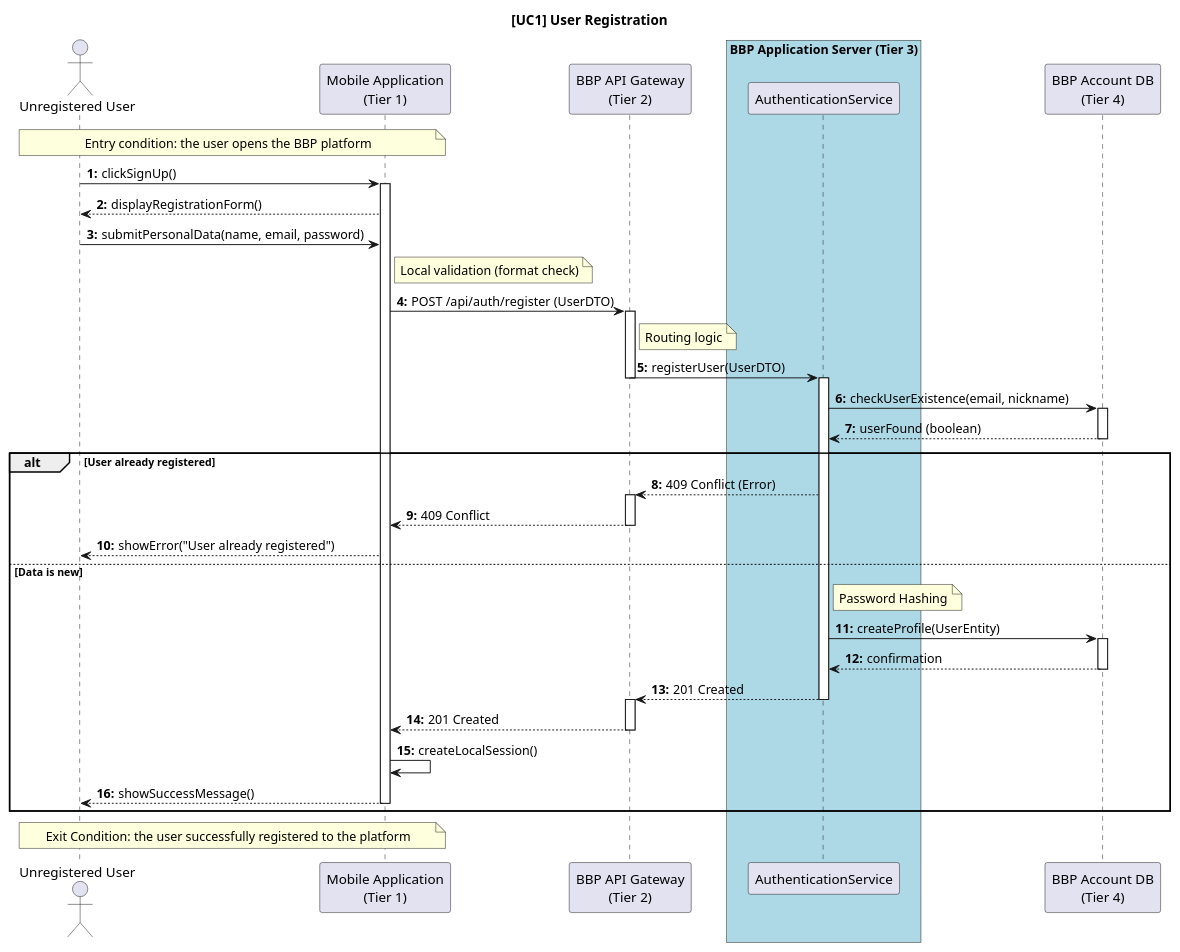
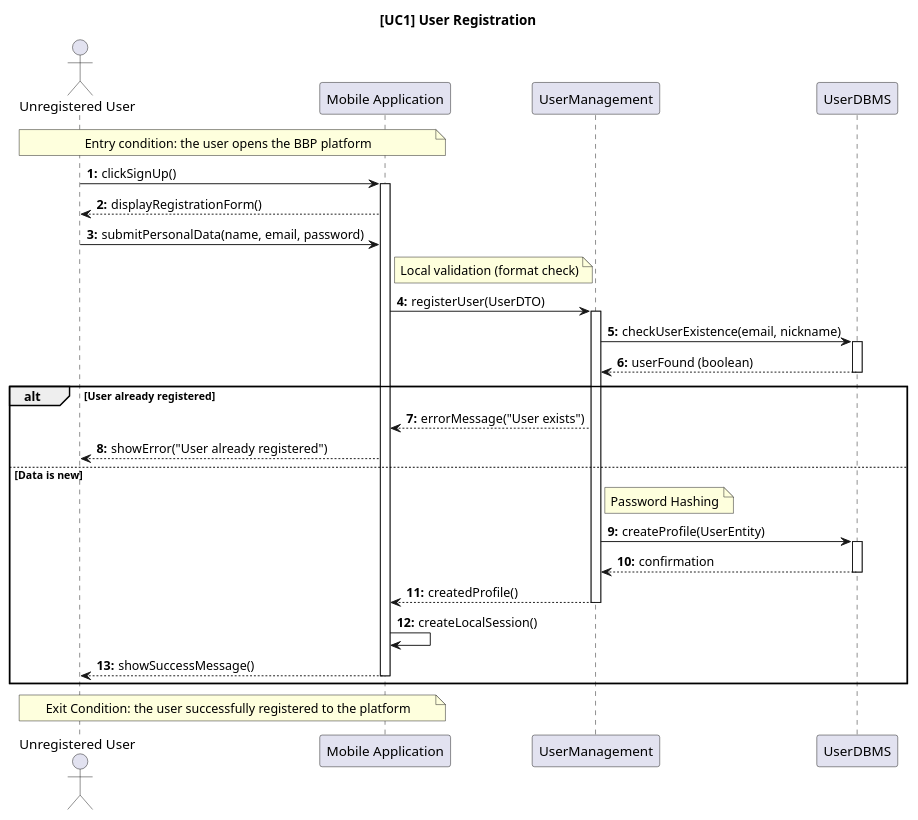
The diagram in DD/sequencediagrams/usecase1.puml (ilevinci/RubinoUvinsiVinciguerra), drawn with PlantUML before and after one commit. The commit also changed 8 other files, not shown here.

Commit message:
update sequence diagrams (use case->component)

```diff
--- a/DD/sequencediagrams/usecase1.puml
+++ b/DD/sequencediagrams/usecase1.puml
@@ -1,82 +1,65 @@
 @startuml UC1_UserRegistration_Design
 autonumber "<b>0:"
 title [UC1] User Registration 
 
 ' =======================================================
 ' COMPONENT DEFINITION (4-TIER)
 ' =======================================================
 actor "Unregistered User" as User
-participant "Mobile Application\n(Tier 1)" as Client
-participant "BBP API Gateway\n(Tier 2)" as GW
-
-box "BBP Application Server (Tier 3)" #LightBlue
-    participant "AuthenticationService" as Auth
-end box
-
-participant "BBP Account DB\n(Tier 4)" as DB
+participant "Mobile Application" as Client
+participant "UserManagement" as Auth
+participant "UserDBMS" as DB
 
 ' =======================================================
 ' ENTRY CONDITION
 ' =======================================================
 note over User, Client: Entry condition: the user opens the BBP platform
 
 ' =======================================================
 ' SCENARIO
 ' =======================================================
 User -> Client: clickSignUp()
 activate Client
 
 Client --> User: displayRegistrationForm()
 
 User -> Client: submitPersonalData(name, email, password)
 
 ' Validazione locale
 note right of Client: Local validation (format check)
-Client -> GW: POST /api/auth/register (UserDTO)
-activate GW
-
-' Instradamento
-note right of GW: Routing logic
-GW -> Auth: registerUser(UserDTO)
-deactivate GW
+Client -> Auth: registerUser(UserDTO)
 activate Auth
 
 ' Verifica Esistenza
 Auth -> DB: checkUserExistence(email, nickname)
 activate DB
 DB --> Auth: userFound (boolean)
 deactivate DB
 
 alt User already registered
-    Auth --> GW: 409 Conflict (Error)
-    activate GW
-    GW --> Client: 409 Conflict
-    deactivate GW
+    Auth --> Client: errorMessage("User exists")
     Client --> User: showError("User already registered")
 
 else Data is new
     ' Creazione Utente
     note right of Auth: Password Hashing
     Auth -> DB: createProfile(UserEntity)
     activate DB
     DB --> Auth: confirmation
     deactivate DB
 
     ' Risposta Positiva
-    Auth --> GW: 201 Created
+    Auth --> Client: createdProfile()
     deactivate Auth
-    activate GW
-    GW --> Client: 201 Created
-    deactivate GW
     
     Client -> Client: createLocalSession()
     Client --> User: showSuccessMessage()
     deactivate Client
 end
 
 ' =======================================================
 ' EXIT CONDITION
 ' =======================================================
 note over User, Client: Exit Condition: the user successfully registered to the platform
 
 @enduml
```
